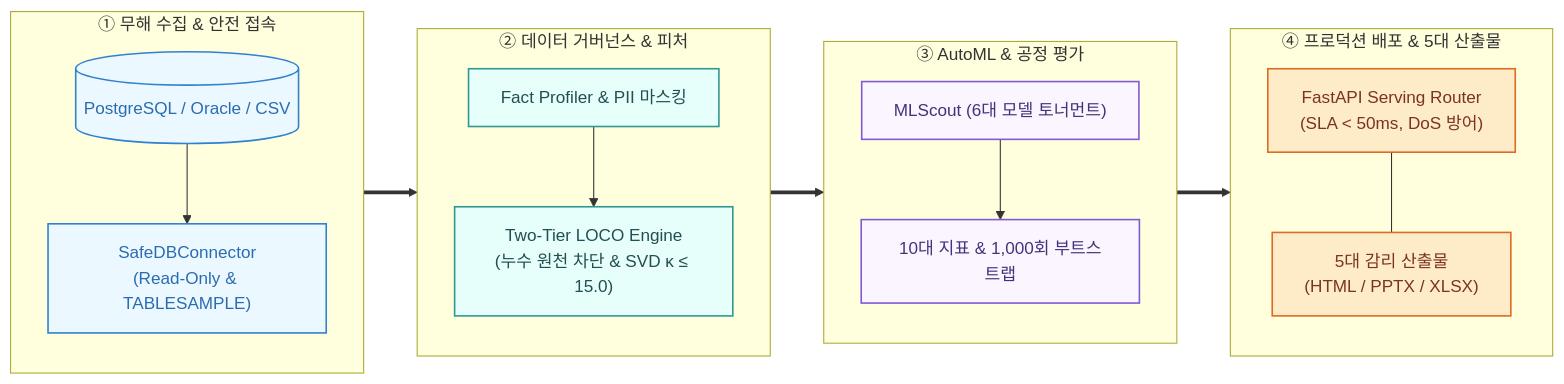
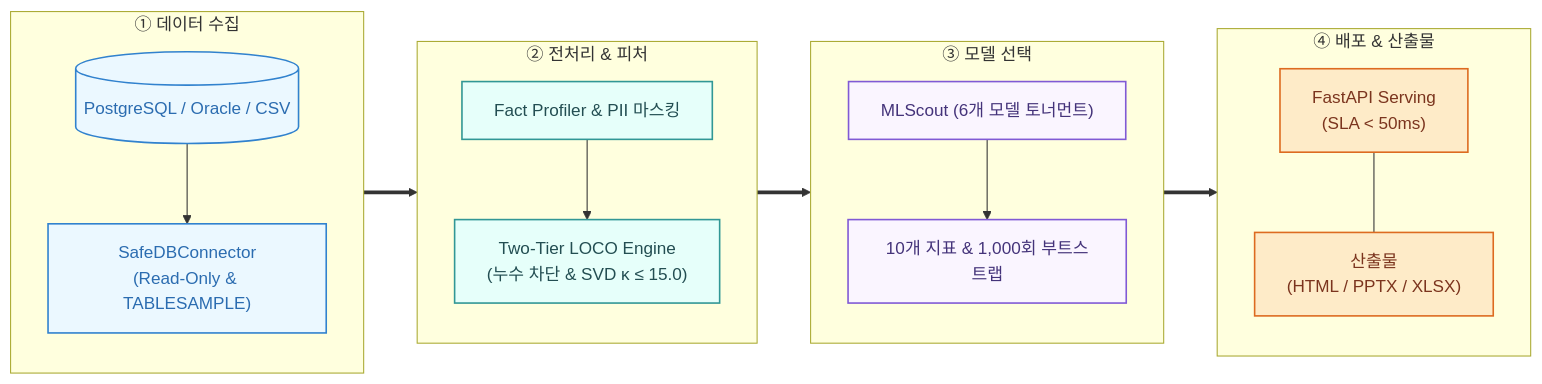
The first of 2 diagrams in README.md (kc9302/auto-data-analyzer-), drawn with Mermaid before and after one commit. The commit also changed other lines of this file, not shown here.

````diff
--- a/README.md
+++ b/README.md
@@ -23,42 +20,42 @@
 ```mermaid
 flowchart LR
-    subgraph S1 ["① 무해 수집 & 안전 접속"]
+    subgraph S1 ["① 데이터 수집"]
         direction TB
         DB[("PostgreSQL / Oracle / CSV")]
         Safe["SafeDBConnector<br/>(Read-Only & TABLESAMPLE)"]
         DB --> Safe
     end
 
-    subgraph S2 ["② 데이터 거버넌스 & 피처"]
+    subgraph S2 ["② 전처리 & 피처"]
         direction TB
         Gov["Fact Profiler & PII 마스킹"]
-        LOCO["Two-Tier LOCO Engine<br/>(누수 원천 차단 & SVD κ ≤ 15.0)"]
+        LOCO["Two-Tier LOCO Engine<br/>(누수 차단 & SVD κ ≤ 15.0)"]
         Gov --> LOCO
     end
 
-    subgraph S3 ["③ AutoML & 공정 평가"]
+    subgraph S3 ["③ 모델 선택"]
         direction TB
-        Scout["MLScout (6대 모델 토너먼트)"]
-        Stat["10대 지표 & 1,000회 부트스트랩"]
+        Scout["MLScout (6개 모델 토너먼트)"]
+        Stat["10개 지표 & 1,000회 부트스트랩"]
         Scout --> Stat
     end
 
-    subgraph S4 ["④ 프로덕션 배포 & 5대 산출물"]
+    subgraph S4 ["④ 배포 & 산출물"]
         direction TB
-        Serve["FastAPI Serving Router<br/>(SLA < 50ms, DoS 방어)"]
-        Docs["5대 감리 산출물<br/>(HTML / PPTX / XLSX)"]
+        Serve["FastAPI Serving<br/>(SLA < 50ms)"]
+        Docs["산출물<br/>(HTML / PPTX / XLSX)"]
         Serve --- Docs
     end
 
     S1 ==> S2 ==> S3 ==> S4
 
     classDef s1 fill:#EBF8FF,stroke:#3182CE,stroke-width:1.5px,color:#2B6CB0;
     classDef s2 fill:#E6FFFA,stroke:#319795,stroke-width:1.5px,color:#234E52;
     classDef s3 fill:#FAF5FF,stroke:#805AD5,stroke-width:1.5px,color:#44337A;
     classDef s4 fill:#FEEBC8,stroke:#DD6B20,stroke-width:1.5px,color:#7B341E;
 
     class DB,Safe s1;
     class Gov,LOCO s2;
     class Scout,Stat s3;
     class Serve,Docs s4;
 ```
````
